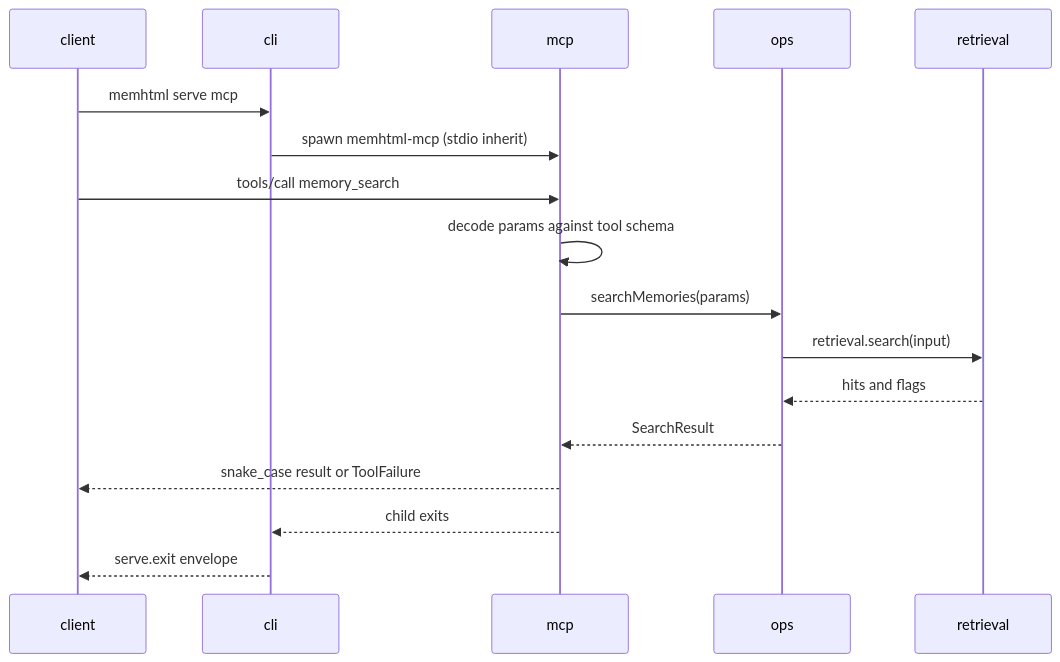
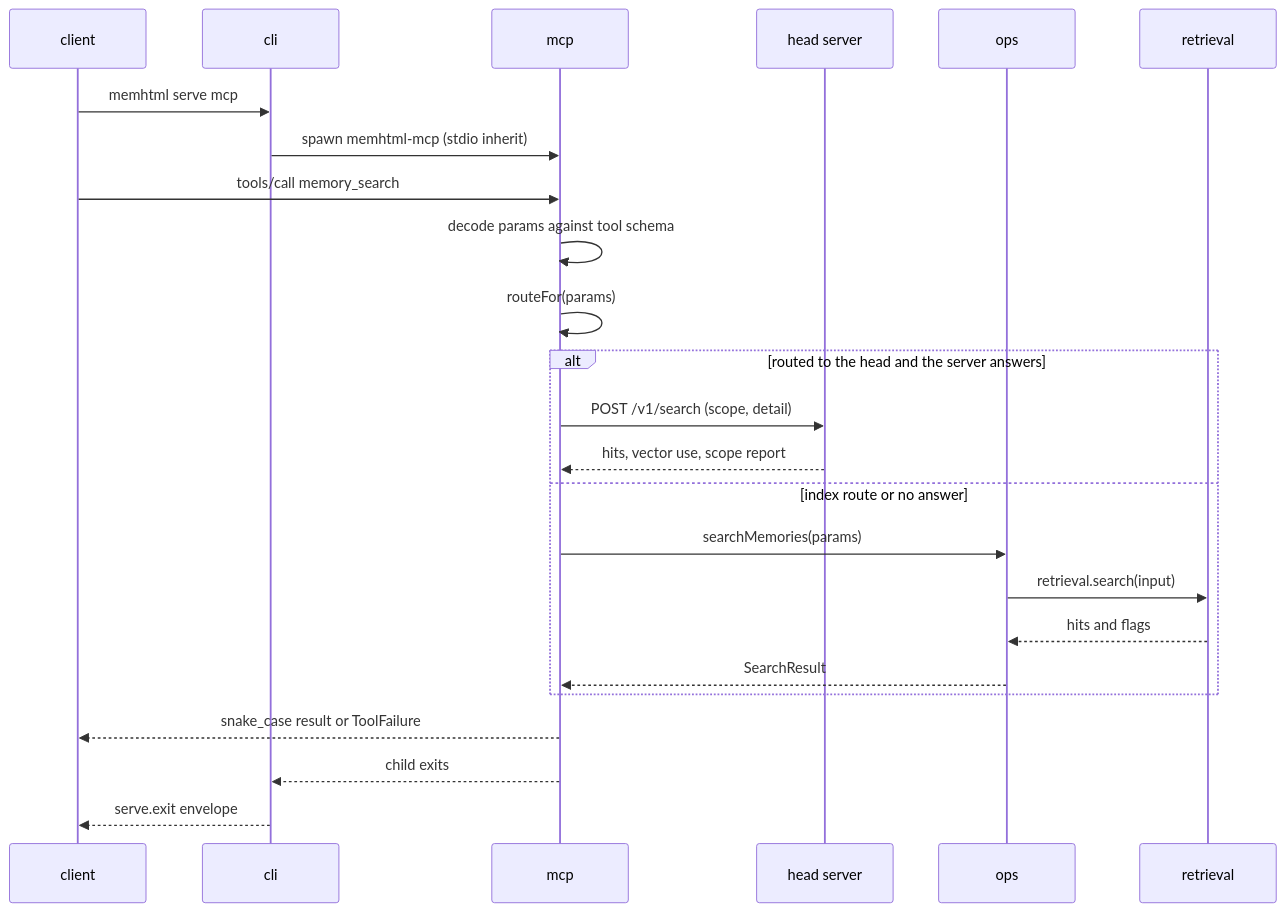
Before and after one commit to memhtml/memhtml: the third of 5 diagrams in docs/architecture/data-flow.md, drawn with Mermaid. The commit also changed other lines of this file and 19 other files, not shown here.

First line of the commit message:
docs: bring the reference, behavior, architecture, diagram, and insight pages in line with 0.16.0

````diff
--- a/docs/architecture/data-flow.md
+++ b/docs/architecture/data-flow.md
@@ -129,19 +136,26 @@
 ```mermaid
 sequenceDiagram
   participant client
   participant cli
   participant mcp
+  participant headServer as head server
   participant ops
   participant retrieval
   client->>cli: memhtml serve mcp
   cli->>mcp: spawn memhtml-mcp (stdio inherit)
   client->>mcp: tools/call memory_search
   mcp->>mcp: decode params against tool schema
-  mcp->>ops: searchMemories(params)
-  ops->>retrieval: retrieval.search(input)
-  retrieval-->>ops: hits and flags
-  ops-->>mcp: SearchResult
+  mcp->>mcp: routeFor(params)
+  alt routed to the head and the server answers
+    mcp->>headServer: POST /v1/search (scope, detail)
+    headServer-->>mcp: hits, vector use, scope report
+  else index route or no answer
+    mcp->>ops: searchMemories(params)
+    ops->>retrieval: retrieval.search(input)
+    retrieval-->>ops: hits and flags
+    ops-->>mcp: SearchResult
+  end
   mcp-->>client: snake_case result or ToolFailure
   mcp-->>cli: child exits
   cli-->>client: serve.exit envelope
 ```
````
